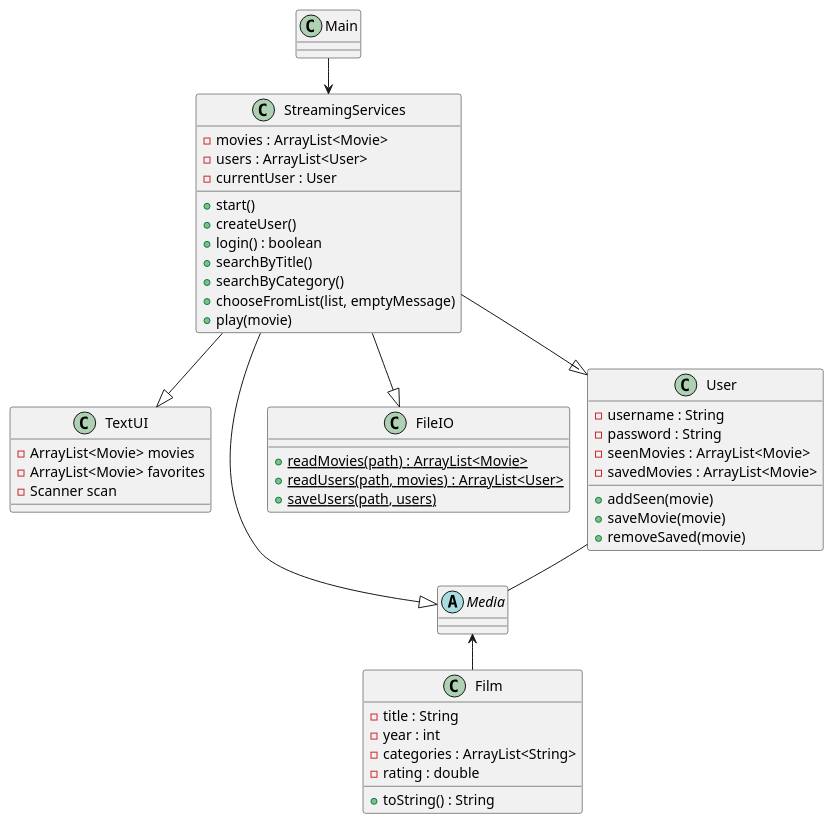
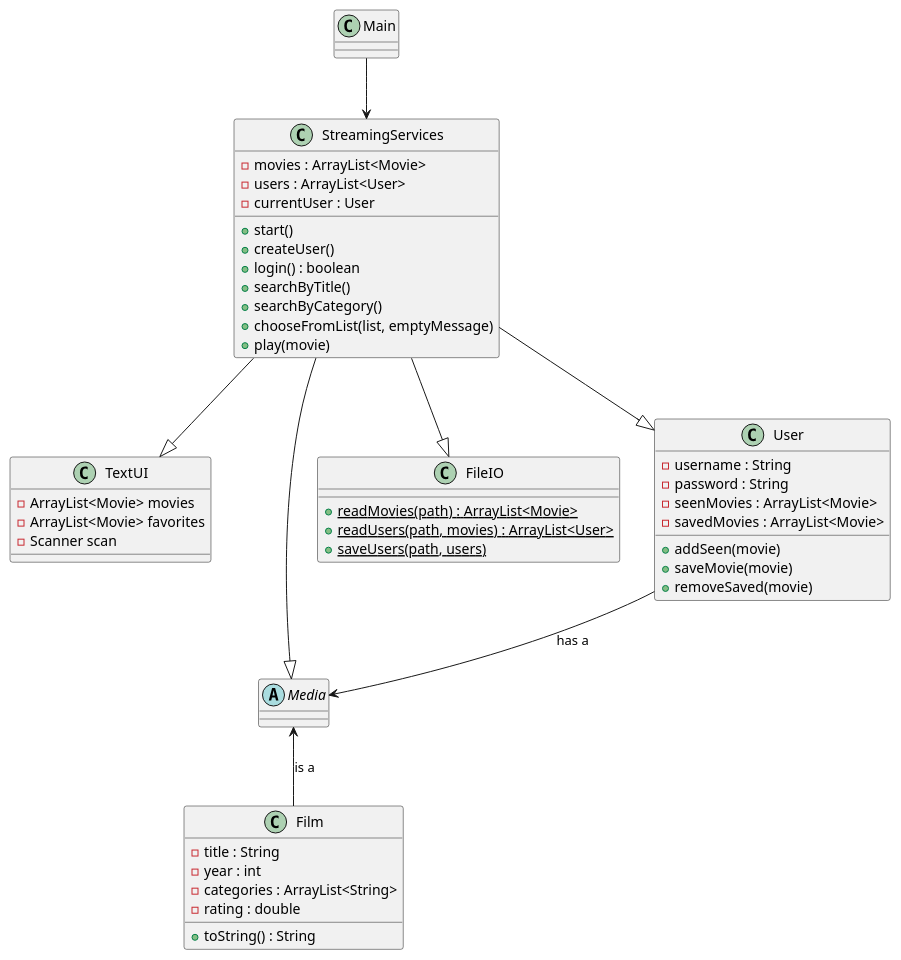
The diagram in diagrams/dynamic/Classdiagram.v0.puml (LauraRaun/Sp3Chill), drawn with PlantUML before and after one commit. The commit also changed 2 other files, not shown here.

Commit message:
ændring på diagrammerne

```diff
--- a/diagrams/dynamic/Classdiagram.v0.puml
+++ b/diagrams/dynamic/Classdiagram.v0.puml
@@ -1,61 +1,58 @@
 @startuml
 'https://plantuml.com/class-diagram
-!pragma layout smetana
-
-
 
 class Main
 Main-->StreamingServices
 class TextUI
 class StreamingServices
 abstract class Media
 StreamingServices--|>TextUI
 StreamingServices--|>FileIO
 class  FileIO
 StreamingServices--|>Media
 class User
 class Film
 StreamingServices--|>User
-Media<--Film
-User--Media
+Media<--Film: is a
+User-->Media:has a
 
 class StreamingServices {
 -movies : ArrayList<Movie>
   -users : ArrayList<User>
   -currentUser : User
   +start()
   +createUser()
   +login() : boolean
   +searchByTitle()
   +searchByCategory()
   +chooseFromList(list, emptyMessage)
   +play(movie)
 }
 class FileIO {
   {static} +readMovies(path) : ArrayList<Movie>
   {static} +readUsers(path, movies) : ArrayList<User>
   {static} +saveUsers(path, users)
 }
 class Film {
   -title : String
   -year : int
   -categories : ArrayList<String>
   -rating : double
   +toString() : String
 }
 class User {
   -username : String
   -password : String
   -seenMovies : ArrayList<Movie>
   -savedMovies : ArrayList<Movie>
   +addSeen(movie)
   +saveMovie(movie)
   +removeSaved(movie)
 }
 class TextUI {
 -ArrayList<Movie> movies
 - ArrayList<Movie> favorites
 - Scanner scan
 }
 
 @enduml
```
